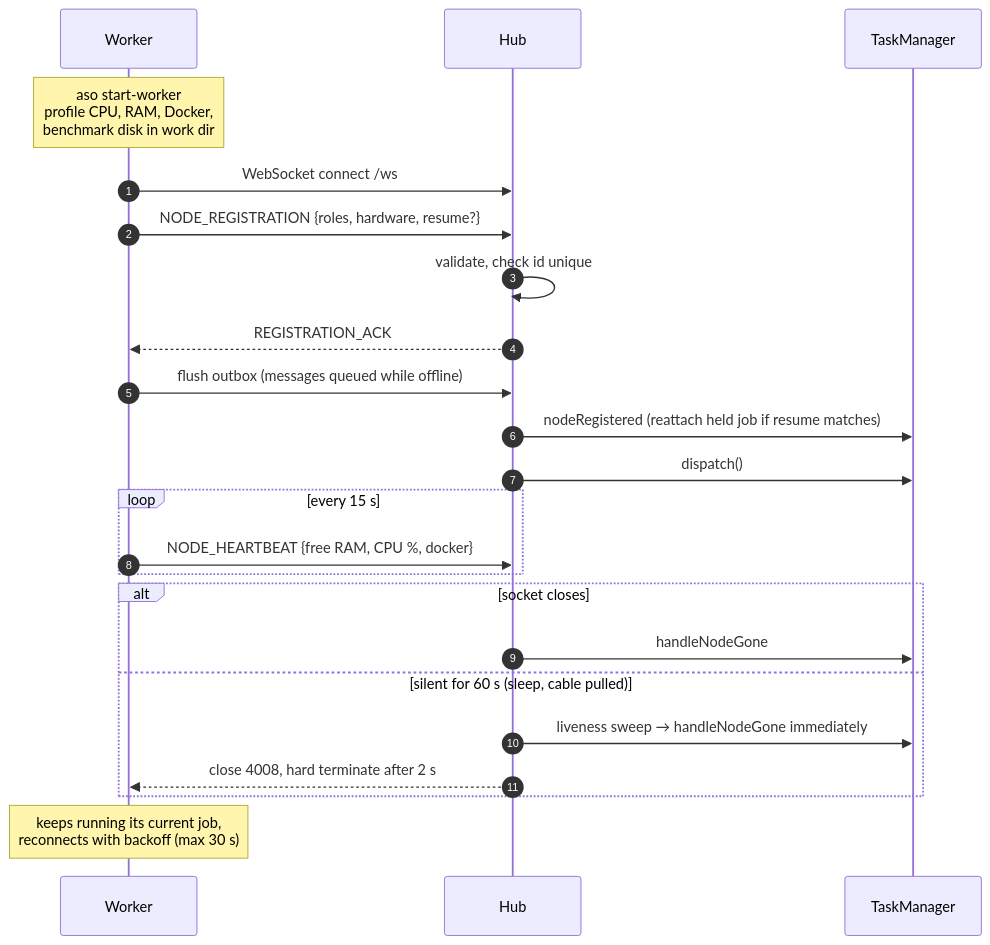
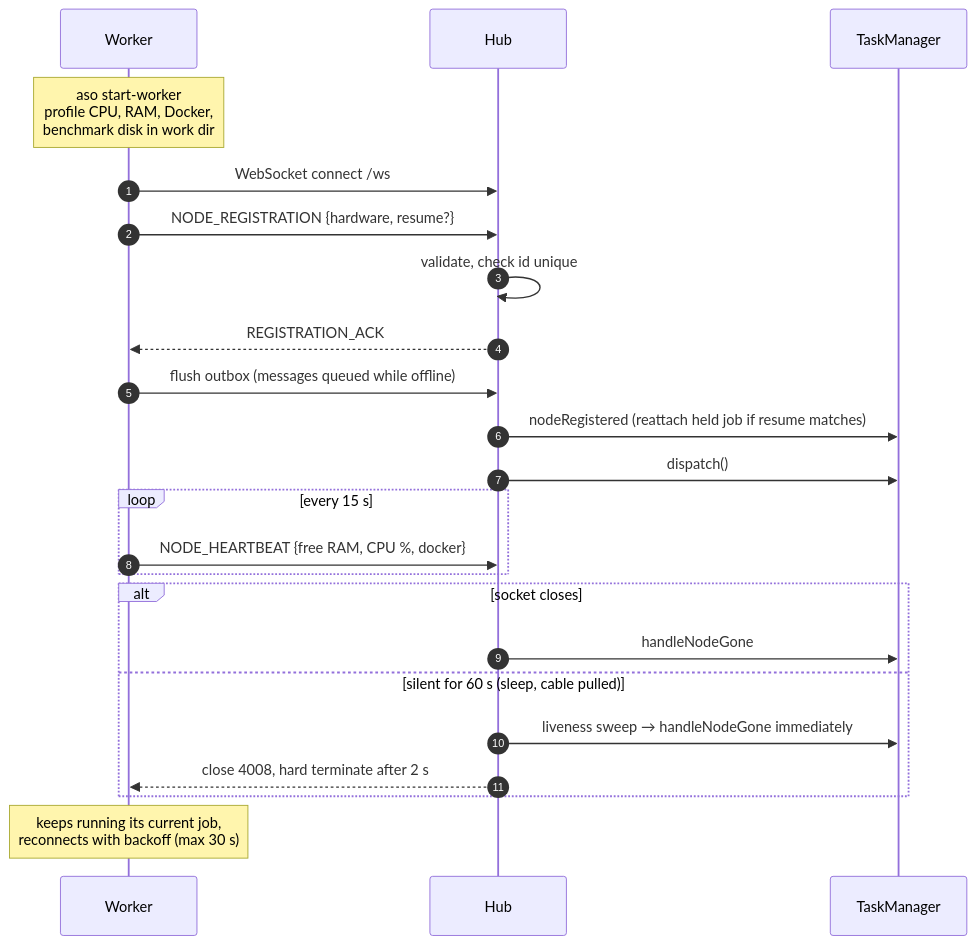
The fourth of 17 diagrams in ARCHITECTURE.md (Sys64k/ai-swarm-orchestrator), drawn with Mermaid before and after one commit. The commit also changed other lines of this file and 27 other files, not shown here.

First line of the commit message:
refactor: drop worker roles; the Architect assigns roles to tasks

````diff
--- a/ARCHITECTURE.md
+++ b/ARCHITECTURE.md
@@ -241,26 +241,26 @@
 ```mermaid
 sequenceDiagram
   autonumber
   participant W as Worker
   participant H as Hub
   participant T as TaskManager
 
   Note over W: aso start-worker<br/>profile CPU, RAM, Docker,<br/>benchmark disk in work dir
   W->>H: WebSocket connect /ws
-  W->>H: NODE_REGISTRATION {roles, hardware, resume?}
+  W->>H: NODE_REGISTRATION {hardware, resume?}
   H->>H: validate, check id unique
   H-->>W: REGISTRATION_ACK
   W->>H: flush outbox (messages queued while offline)
   H->>T: nodeRegistered (reattach held job if resume matches)
   H->>T: dispatch()
   loop every 15 s
     W->>H: NODE_HEARTBEAT {free RAM, CPU %, docker}
   end
   alt socket closes
     H->>T: handleNodeGone
   else silent for 60 s (sleep, cable pulled)
     H->>T: liveness sweep → handleNodeGone immediately
     H-->>W: close 4008, hard terminate after 2 s
   end
   Note over W: keeps running its current job,<br/>reconnects with backoff (max 30 s)
 ```
````
